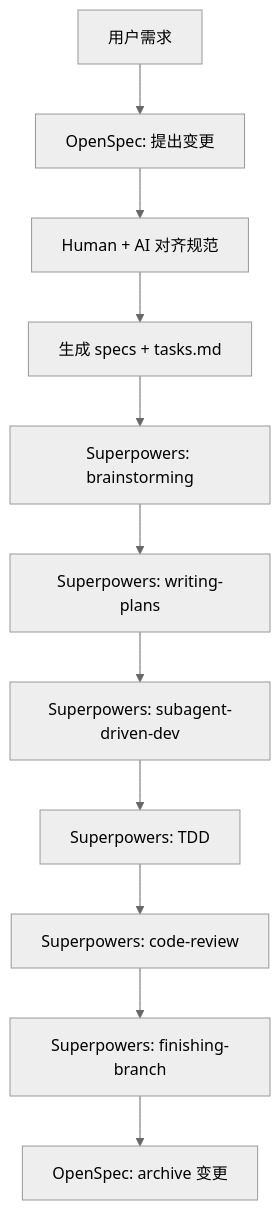
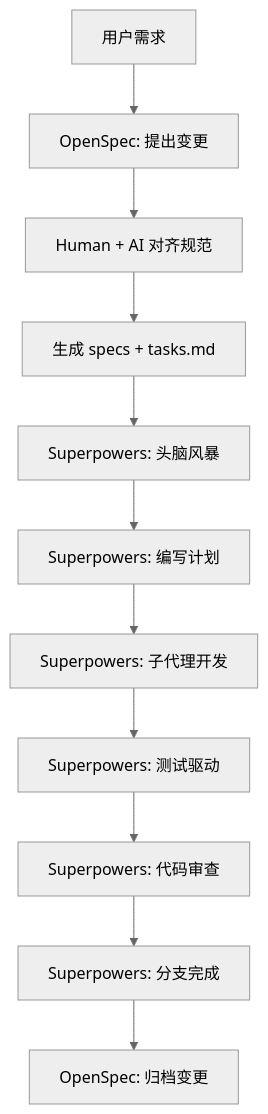
The first of 4 diagrams in Superpowers/Superpowers与OpenSpec结合使用指南.md (YingMuHuaDao1998/my-blob), drawn with Mermaid (neutral theme) before and after one commit. The commit also changed other lines of this file, not shown here.

````diff
--- a/Superpowers/Superpowers与OpenSpec结合使用指南.md
+++ b/Superpowers/Superpowers与OpenSpec结合使用指南.md
@@ -33,13 +33,13 @@
 ```mermaid
 flowchart TD
     A[用户需求] --> B[OpenSpec: 提出变更]
     B --> C[Human + AI 对齐规范]
     C --> D[生成 specs + tasks.md]
-    D --> E[Superpowers: brainstorming]
-    E --> F[Superpowers: writing-plans]
-    F --> G[Superpowers: subagent-driven-dev]
-    G --> H[Superpowers: TDD]
-    H --> I[Superpowers: code-review]
-    I --> J[Superpowers: finishing-branch]
-    J --> K[OpenSpec: archive 变更]
+    D --> E[Superpowers: 头脑风暴]
+    E --> F[Superpowers: 编写计划]
+    F --> G[Superpowers: 子代理开发]
+    G --> H[Superpowers: 测试驱动]
+    H --> I[Superpowers: 代码审查]
+    I --> J[Superpowers: 分支完成]
+    J --> K[OpenSpec: 归档变更]
 ```
````
